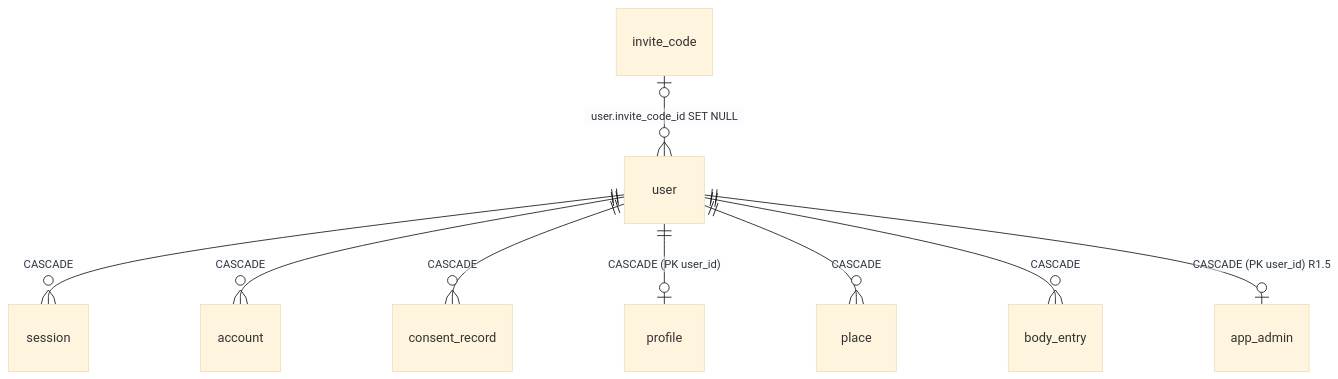
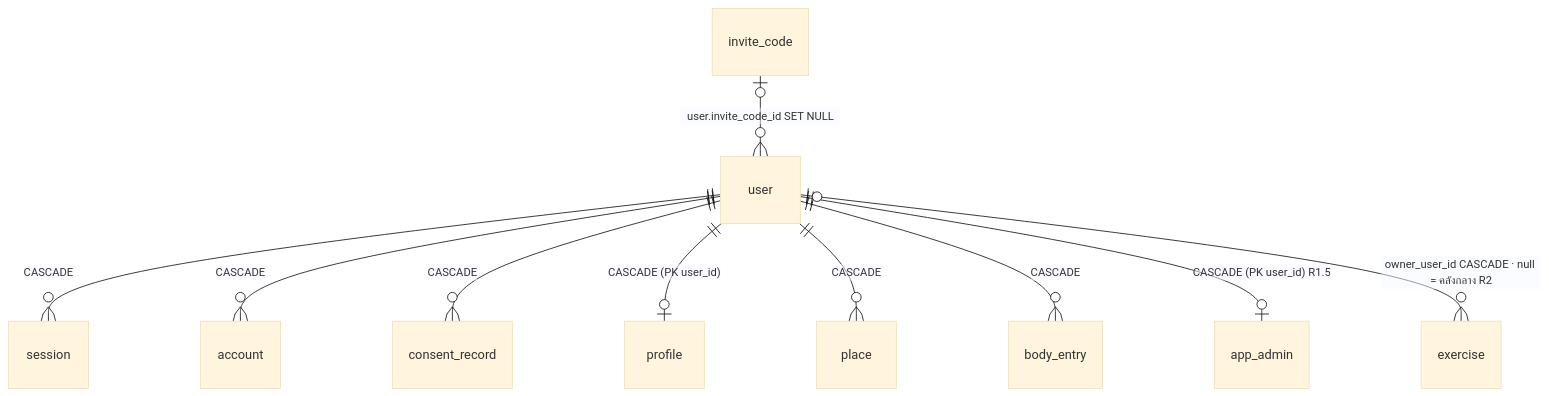
Before and after one commit to ieatbaozi-stack/fatcatfit: the second of 2 diagrams in docs/design/ARCHITECTURE.md, drawn with Mermaid (base theme). The commit also changed other lines of this file and 3 other files, not shown here.

Commit message:
docs(adr): R2 exercise catalog ADR 0008; update ADR 0003/0004 and ARCHITECTURE

````diff
--- a/docs/design/ARCHITECTURE.md
+++ b/docs/design/ARCHITECTURE.md
@@ -59,11 +59,12 @@
 ```mermaid
 erDiagram
   user ||--o{ session : "CASCADE"
   user ||--o{ account : "CASCADE"
   user ||--o{ consent_record : "CASCADE"
   user ||--o| profile : "CASCADE (PK user_id)"
   user ||--o{ place : "CASCADE"
   user ||--o{ body_entry : "CASCADE"
   user ||--o| app_admin : "CASCADE (PK user_id) R1.5"
+  user |o--o{ exercise : "owner_user_id CASCADE · null = คลังกลาง R2"
   invite_code |o--o{ user : "user.invite_code_id SET NULL"
 ```
````
